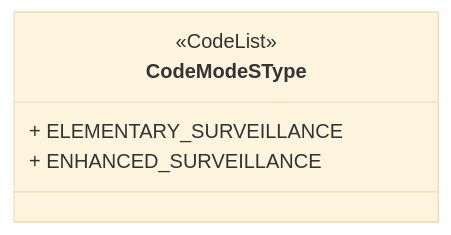
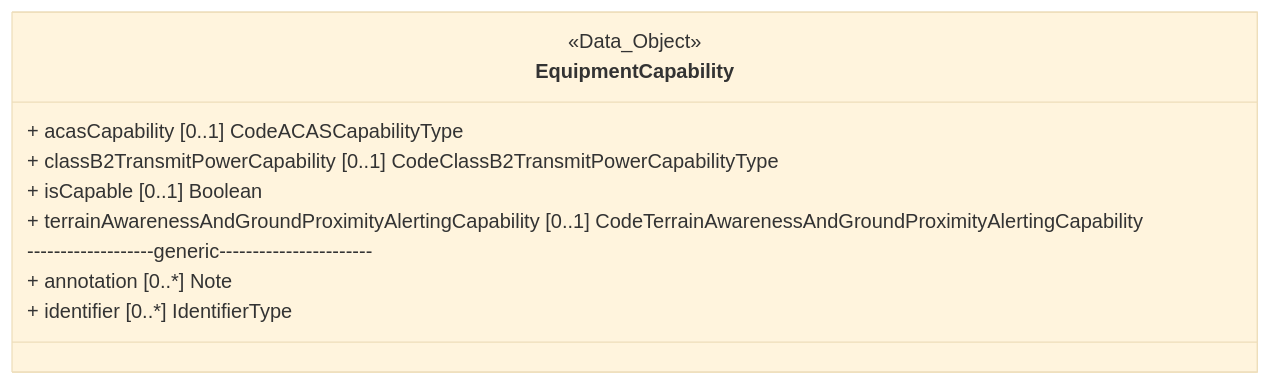
Before and after one commit to hlepori/testAIRM: diagram 16 of 46 in README.md, drawn with Mermaid (base theme). The commit also changed other lines of this file, not shown here.

````diff
--- a/README.md
+++ b/README.md
@@ -464,8 +440,13 @@
 ```mermaid	
 classDiagram	
-class CodeModeSType	
-<<CodeList>> CodeModeSType	
-link CodeModeSType "https://airm.aero/developers/advanced-search/1.0.0/CodeModeSType?model=LogicalModel" "Go to definition"	
-CodeModeSType : + ELEMENTARY_SURVEILLANCE	
-CodeModeSType : + ENHANCED_SURVEILLANCE	
+class EquipmentCapability	
+<<Data_Object>> EquipmentCapability	
+link EquipmentCapability "https://airm.aero/developers/advanced-search/1.0.0/EquipmentCapability?model=LogicalModel" "Go to definition"	
+EquipmentCapability : + acasCapability [0..1] CodeACASCapabilityType	
+EquipmentCapability : + classB2TransmitPowerCapability [0..1] CodeClassB2TransmitPowerCapabilityType	
+EquipmentCapability : + isCapable [0..1] Boolean	
+EquipmentCapability : + terrainAwarenessAndGroundProximityAlertingCapability [0..1] CodeTerrainAwarenessAndGroundProximityAlertingCapability	
+EquipmentCapability: -------------------generic-----------------------	
+EquipmentCapability : + annotation [0..*] Note	
+EquipmentCapability : + identifier [0..*] IdentifierType	
 ```	
````
